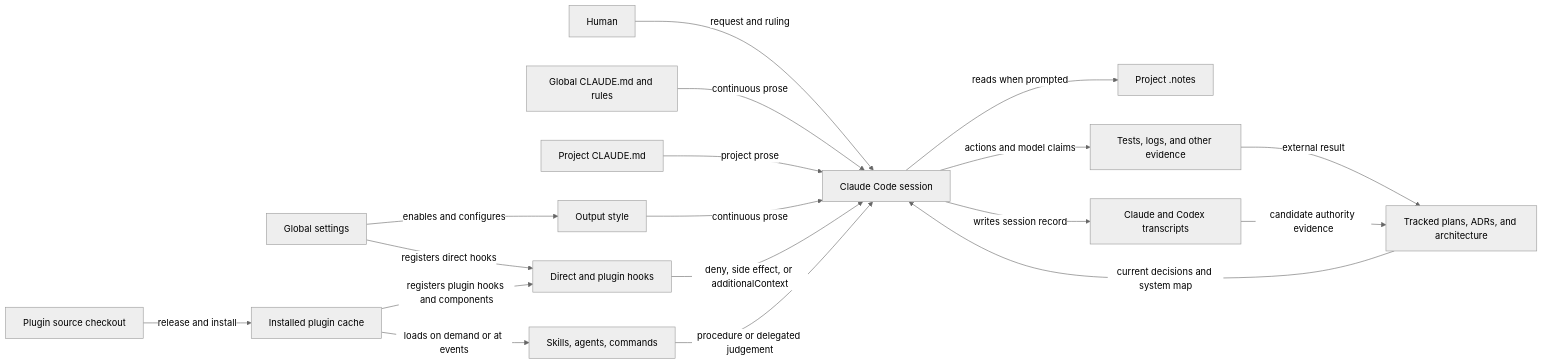
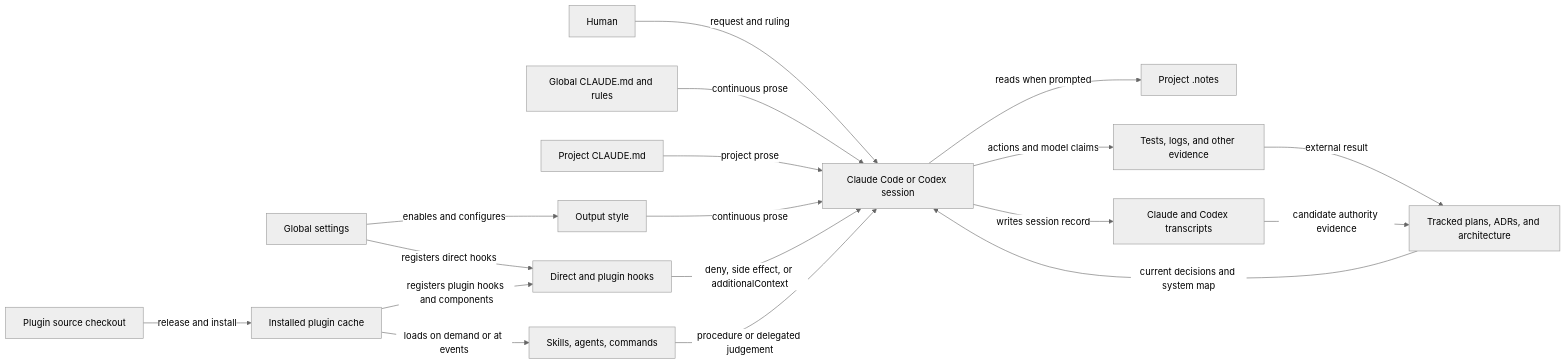
The diagram in docs/architecture/instruction-control/0-context.md (Denubis/denubis-plugins), drawn with Mermaid (neutral theme) before and after one commit. The commit also changed other lines of this file and 70 other files, not shown here.

````diff
--- a/docs/architecture/instruction-control/0-context.md
+++ b/docs/architecture/instruction-control/0-context.md
@@ -15,35 +15,35 @@
 ```mermaid
 flowchart LR
     H[Human]
-    C[Claude Code session]
+    C[Claude Code or Codex session]
     G[Global CLAUDE.md and rules]
     P[Project CLAUDE.md]
     S[Global settings]
     O[Output style]
     K[Skills, agents, commands]
     X[Direct and plugin hooks]
     N[Project .notes]
     T[Claude and Codex transcripts]
     E[Tests, logs, and other evidence]
     R[Tracked plans, ADRs, and architecture]
     I[Installed plugin cache]
     Q[Plugin source checkout]
 
     H -->|request and ruling| C
     G -->|continuous prose| C
     P -->|project prose| C
     S -->|enables and configures| O
     S -->|registers direct hooks| X
     I -->|registers plugin hooks and components| X
     I -->|loads on demand or at events| K
     O -->|continuous prose| C
     K -->|procedure or delegated judgement| C
     X -->|deny, side effect, or additionalContext| C
     C -->|reads when prompted| N
     C -->|actions and model claims| E
     C -->|writes session record| T
     T -->|candidate authority evidence| R
     E -->|external result| R
     R -->|current decisions and system map| C
     Q -->|release and install| I
 ```
````
